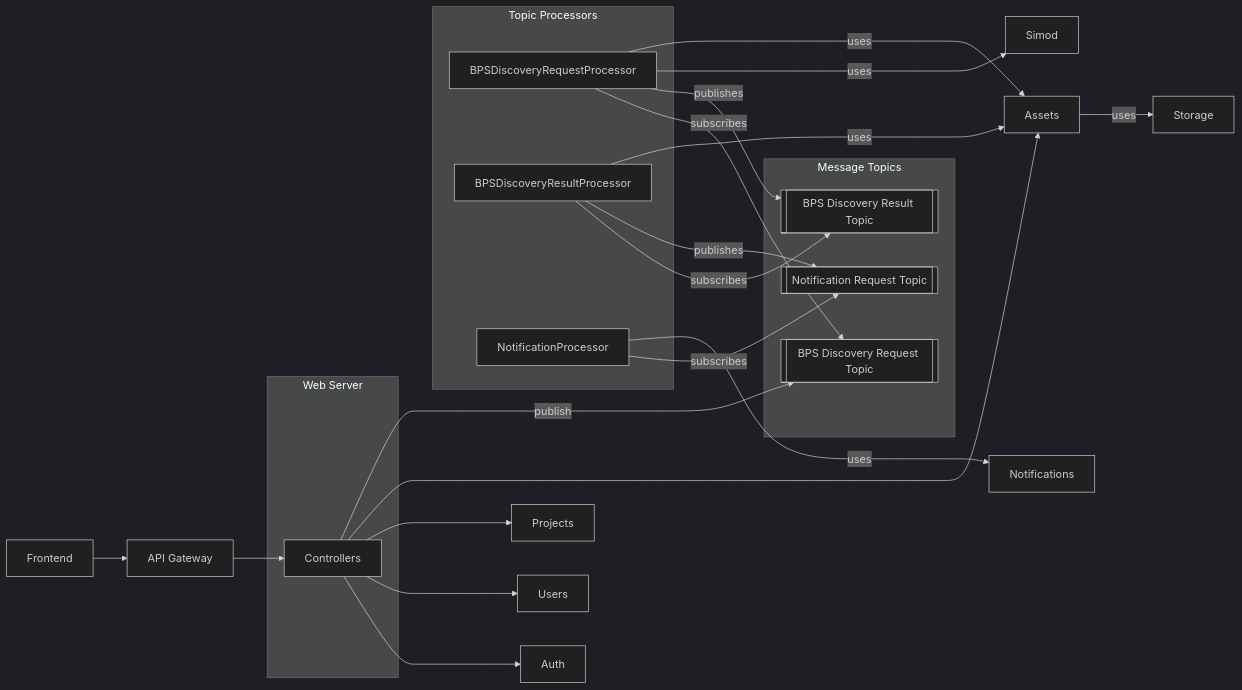
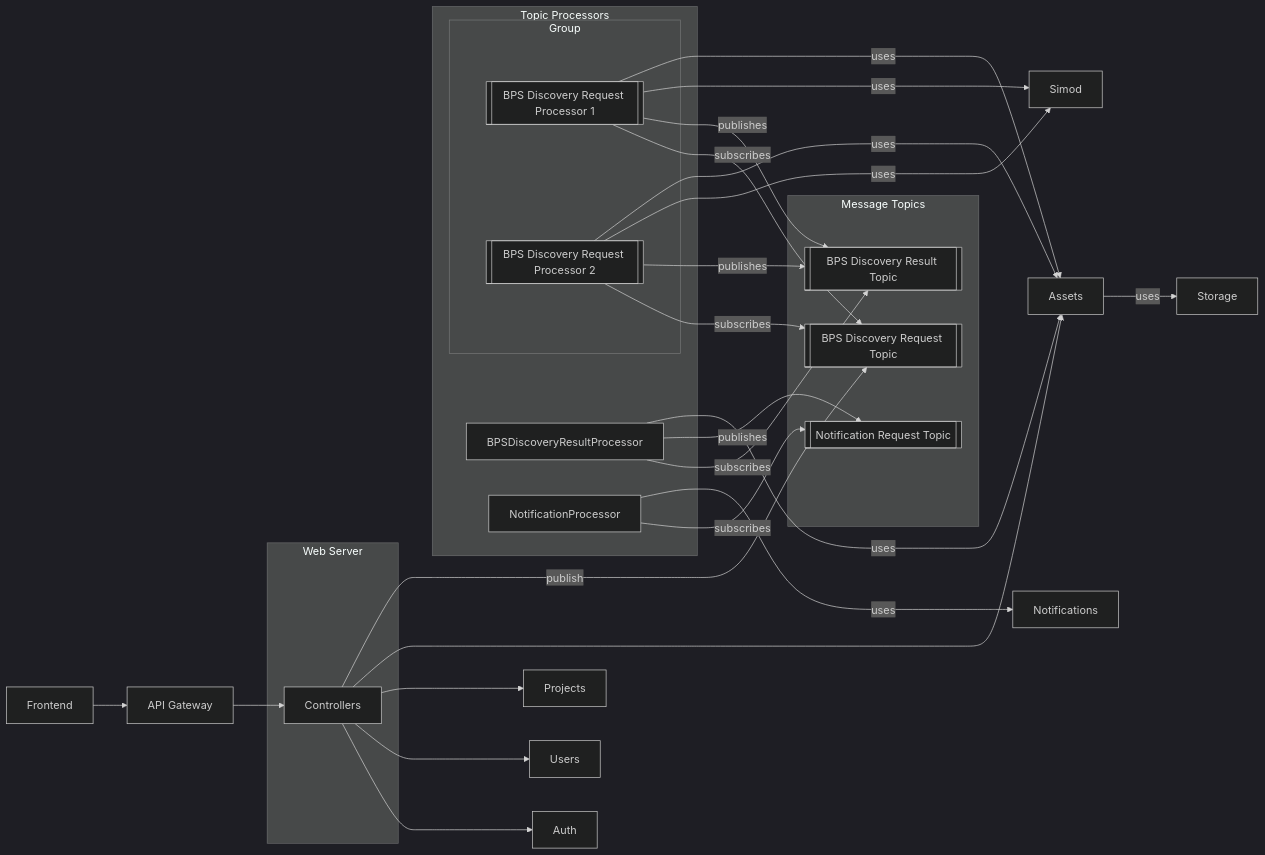
One commit to AutomatedProcessImprovement/pix-portal changed the second of 5 diagrams in backend.md. Above: the diagram before and after it, drawn with Mermaid (dark theme).

````diff
--- a/backend.md
+++ b/backend.md
@@ -80,39 +80,47 @@
 ```mermaid
 flowchart LR
     Frontend --> Gateway[API Gateway]
     Gateway --> Controllers
 
     subgraph Web[Web Server]
         Controllers
     end
 
     Controllers --> Auth
     Controllers --> Users
     Controllers --> Projects
     Controllers --> Assets
 
     subgraph Broker[Message Topics]
         BPSDiscoveryRequestTopic[[BPS Discovery Request Topic]]
         BPSDiscoveryResultTopic[[BPS Discovery Result Topic]]
         NotificationRequestTopic[[Notification Request Topic]]
 
         Controllers -- publish ---> BPSDiscoveryRequestTopic
     end
 
     subgraph Processors[Topic Processors]
-        BPSDiscoveryRequestProcessor -- subscribes --> BPSDiscoveryRequestTopic
-        BPSDiscoveryRequestProcessor -- publishes --> BPSDiscoveryResultTopic
+        subgraph Group
+            BPSDiscoveryRequestProcessor1[[BPS Discovery Request Processor 1]]
+            BPSDiscoveryRequestProcessor2[[BPS Discovery Request Processor 2]]
+        end
+        BPSDiscoveryRequestProcessor1 -- subscribes --> BPSDiscoveryRequestTopic
+        BPSDiscoveryRequestProcessor1 -- publishes --> BPSDiscoveryResultTopic
+        BPSDiscoveryRequestProcessor2 -- subscribes --> BPSDiscoveryRequestTopic
+        BPSDiscoveryRequestProcessor2 -- publishes --> BPSDiscoveryResultTopic
         
         BPSDiscoveryResultProcessor -- subscribes --> BPSDiscoveryResultTopic
         BPSDiscoveryResultProcessor -- publishes --> NotificationRequestTopic
 
         NotificationProcessor -- subscribes --> NotificationRequestTopic
     end
 
-    BPSDiscoveryRequestProcessor -- uses ---> Simod
-    BPSDiscoveryRequestProcessor -- uses ---> Assets
+    BPSDiscoveryRequestProcessor1 -- uses ---> Simod
+    BPSDiscoveryRequestProcessor1 -- uses ---> Assets
+    BPSDiscoveryRequestProcessor2 -- uses ---> Simod
+    BPSDiscoveryRequestProcessor2 -- uses ---> Assets
     BPSDiscoveryResultProcessor -- uses ---> Assets
     NotificationProcessor -- uses ---> Notifications
 
     Assets -- uses --> Storage
 ```
````
